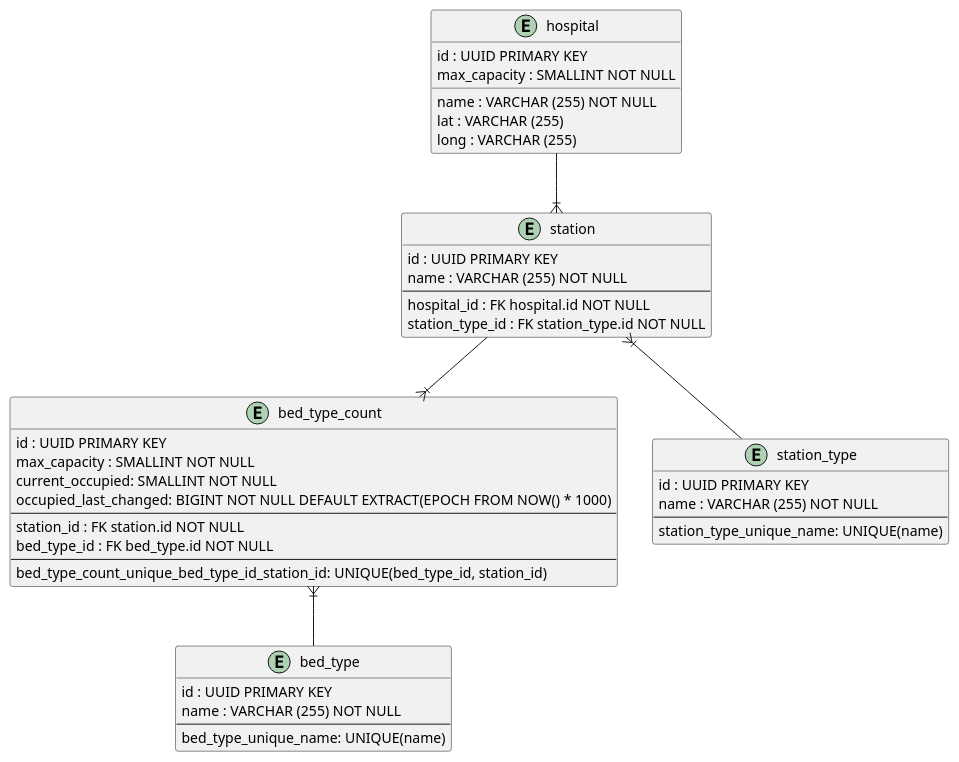
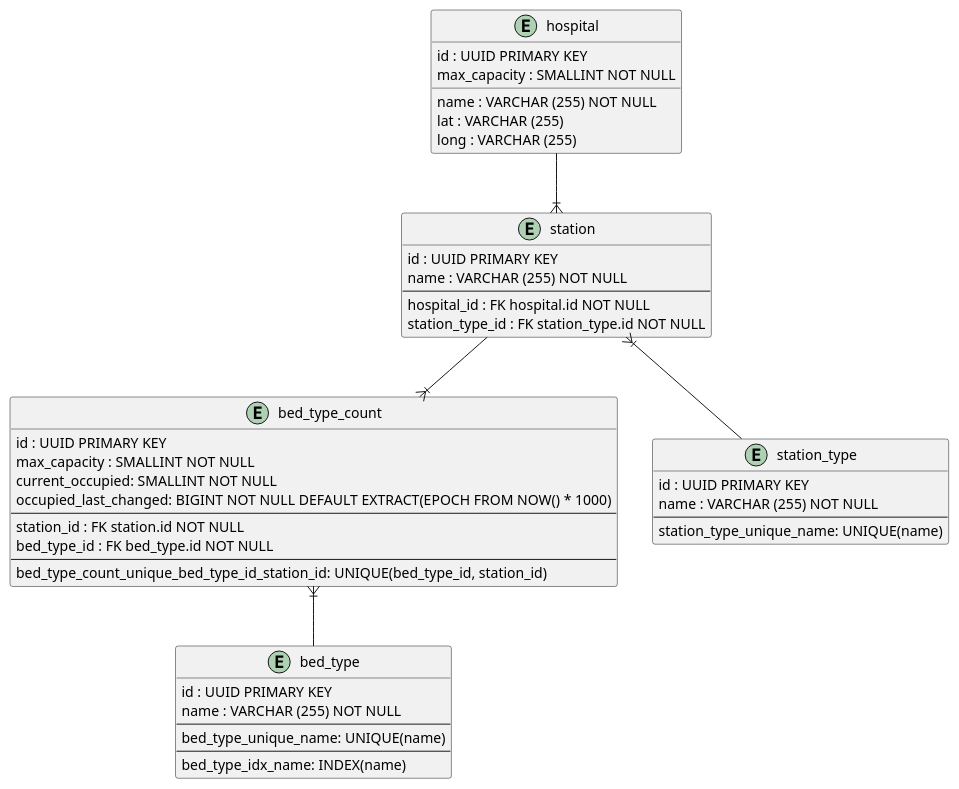
One commit to track-your-bed/track-your-bed-doc changed the diagram in datamodel/simple/datamodel.puml. Above: the diagram before and after it, drawn with PlantUML. The commit also changed 5 other files, not shown here.

First line of the commit message:
[Make names unique for bed-type and -state]: (#2)

```diff
--- a/datamodel/simple/datamodel.puml
+++ b/datamodel/simple/datamodel.puml
@@ -1,48 +1,50 @@
 @startuml
 entity hospital {
     id : UUID PRIMARY KEY
     name : VARCHAR (255) NOT NULL
     max_capacity : SMALLINT NOT NULL
     lat : VARCHAR (255)
     long : VARCHAR (255)
 }
 
 entity station {
     id : UUID PRIMARY KEY
     name : VARCHAR (255) NOT NULL
     --
     hospital_id : FK hospital.id NOT NULL
     station_type_id : FK station_type.id NOT NULL
 }
 
 entity bed_type_count {
     id : UUID PRIMARY KEY
     max_capacity : SMALLINT NOT NULL
     current_occupied: SMALLINT NOT NULL
     occupied_last_changed: BIGINT NOT NULL DEFAULT EXTRACT(EPOCH FROM NOW() * 1000)
     --
     station_id : FK station.id NOT NULL
     bed_type_id : FK bed_type.id NOT NULL
     --
     bed_type_count_unique_bed_type_id_station_id: UNIQUE(bed_type_id, station_id)
 }
 
 entity bed_type {
     id : UUID PRIMARY KEY
     name : VARCHAR (255) NOT NULL
     --
     bed_type_unique_name: UNIQUE(name)
+    --
+    bed_type_idx_name: INDEX(name)
 }
 
 entity station_type {
     id : UUID PRIMARY KEY
     name : VARCHAR (255) NOT NULL
     --
     station_type_unique_name: UNIQUE(name)
 }
 
 hospital --|{ station
 station }|-- station_type
 station --|{ bed_type_count
 bed_type_count }|-- bed_type
 @enduml
```
